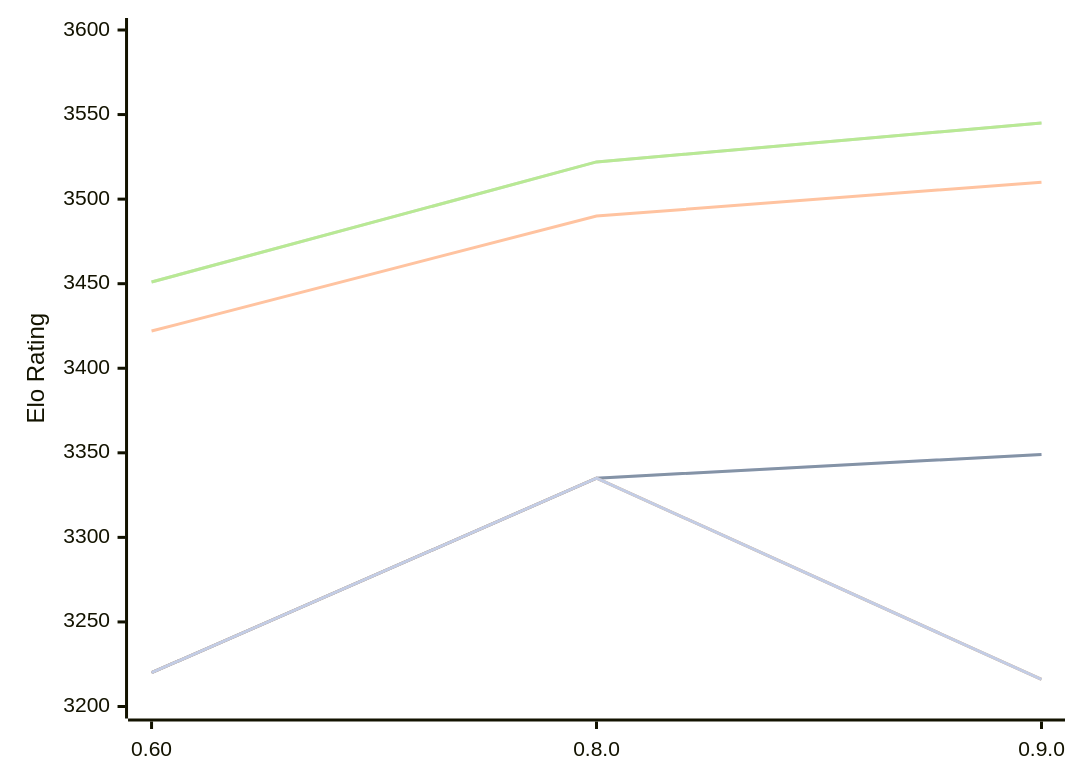
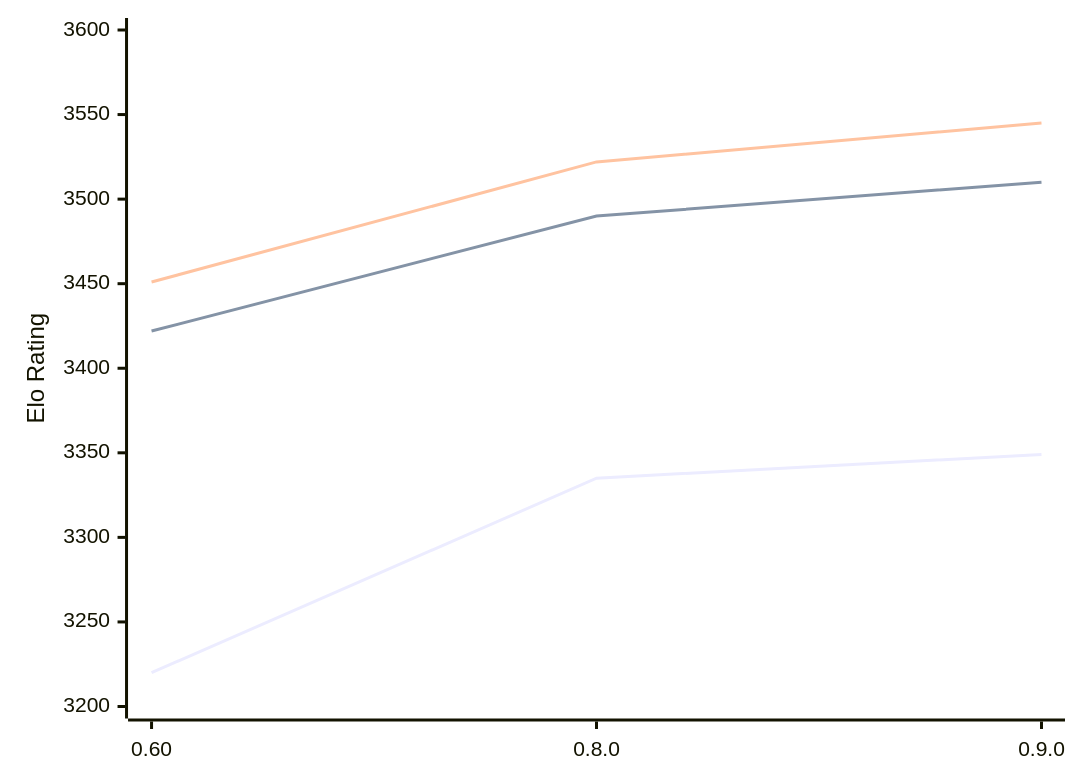
Before and after one commit to computer-chess-index/cci: the diagram in engines/Motor.md, drawn with Mermaid. The commit also changed other lines of this file, not shown here.

````diff
--- a/engines/Motor.md
+++ b/engines/Motor.md
@@ -49,13 +49,9 @@
 ```mermaid
 %%{init: {"theme":"base","themeVariables":{"seriesColors:['#a3a3a3','#222221','#faa371']}}}%%
 xychart-beta
   x-axis ["0.60", "0.8.0", "0.9.0"]
   y-axis "Elo Rating" 3200 --> 3600
-  line "" [3220, 3335, 3349]
   line "T1: STC (8.0+0.08s)" [3220, 3335, 3349]
   line "T1: LTC (60.0+0.60s)" [3422, 3490, 3510]
-  line "" [3451, 3522, 3545]
   line "T1: VLTC (2m24s+1.12s)" [3451, 3522, 3545]
-  line "" [3220, 3335,3216]
-  line "E1: STC (8.0+0.08s)" [3220, 3335,3216]
 ```
````
